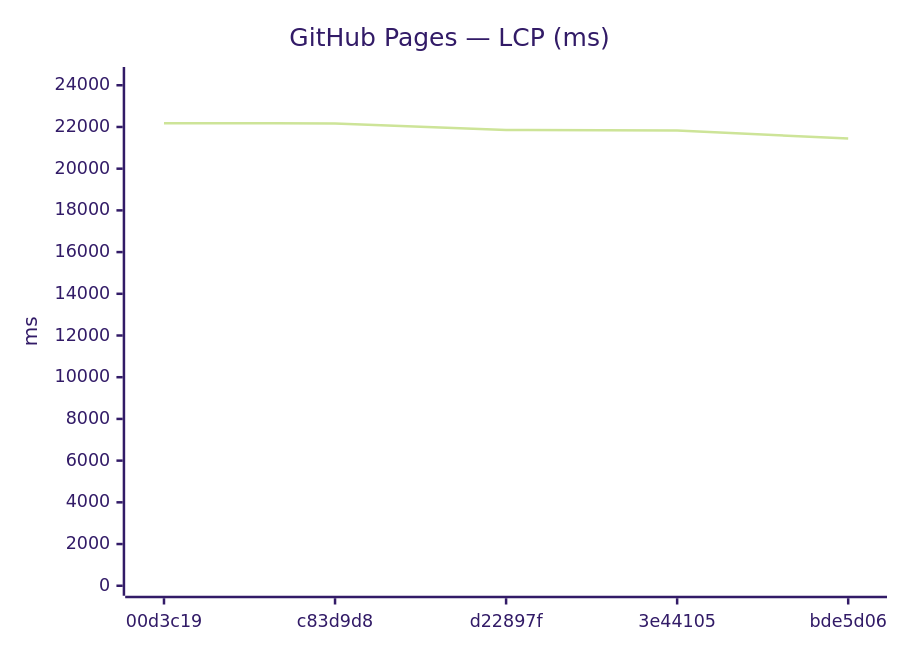
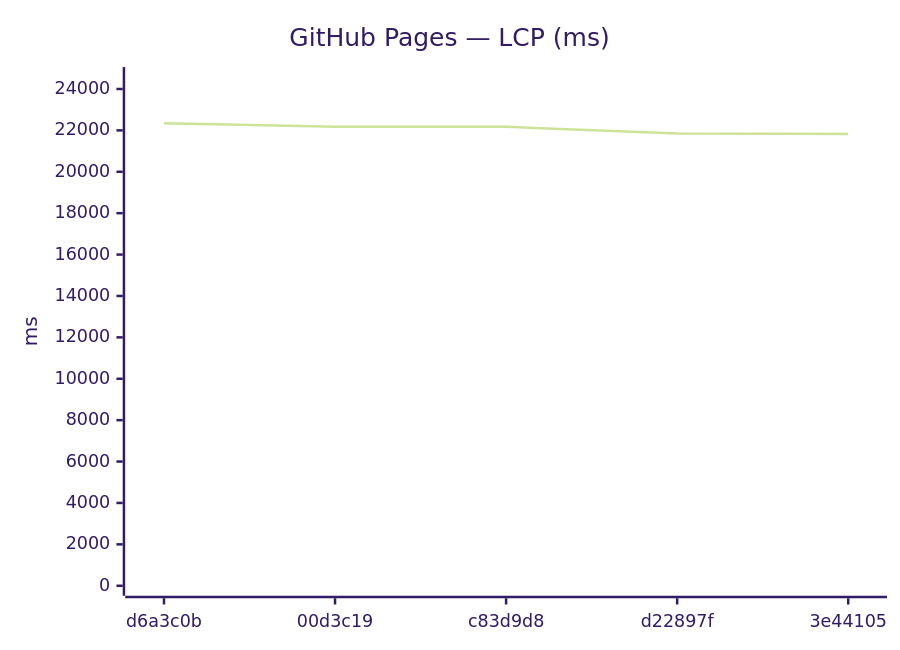
The ninth of 18 diagrams in benchmarks/compare.md (Metaheurist/Rianell), drawn with Mermaid (forest theme) before and after one commit. The commit also changed other lines of this file and 11 other files, not shown here.

````diff
--- a/benchmarks/compare.md
+++ b/benchmarks/compare.md
@@ -142,7 +142,7 @@
 ```mermaid
 xychart-beta
     title "GitHub Pages — LCP (ms)"
-    x-axis ["00d3c19", "c83d9d8", "d22897f", "3e44105", "bde5d06"]
-    y-axis "ms" 0 --> 24396
-    line [22178, 22170, 21853, 21828, 21442]
+    x-axis ["d6a3c0b", "00d3c19", "c83d9d8", "d22897f", "3e44105"]
+    y-axis "ms" 0 --> 24579
+    line [22344, 22178, 22170, 21853, 21828]
 ```
````
